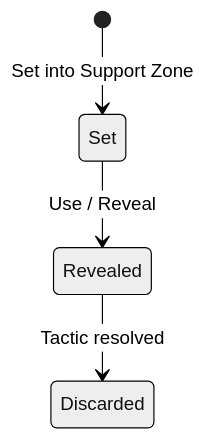
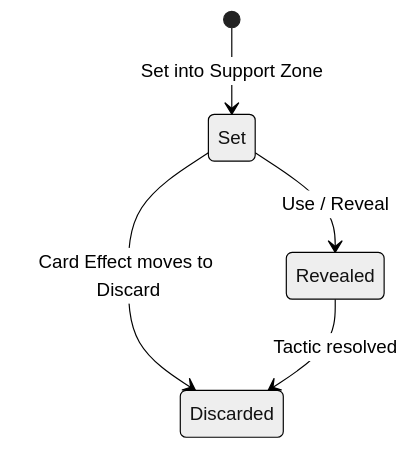
Before and after one commit to kjun1/card-game: the third of 7 diagrams in docs/model/state-model.md, drawn with Mermaid (neutral theme). The commit also changed other lines of this file and 28 other files, not shown here.

```diff
--- a/docs/model/state-model.md
+++ b/docs/model/state-model.md
@@ -26,6 +26,7 @@
 ~~~mermaid
 stateDiagram-v2
     [*] --> Set: Set into Support Zone
     Set --> Revealed: Use / Reveal
+    Set --> Discarded: Card Effect moves to Discard
     Revealed --> Discarded: Tactic resolved
 ~~~
```
